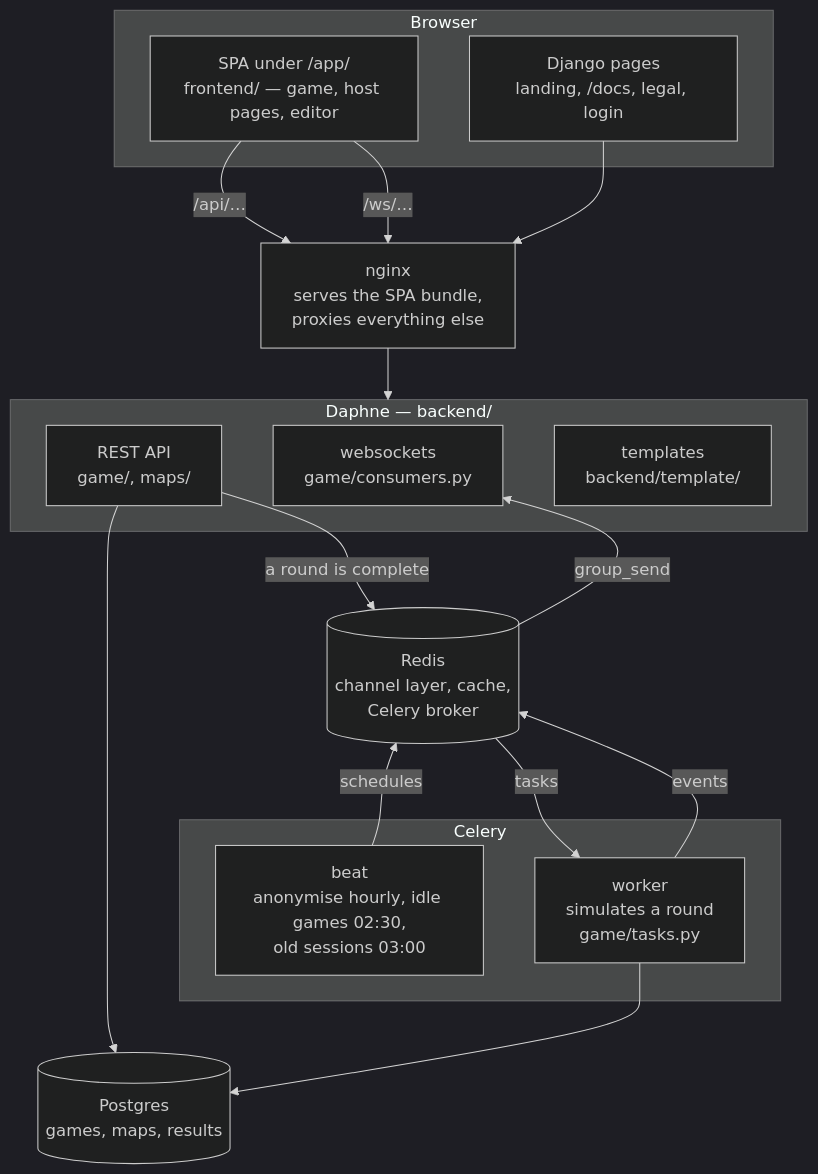
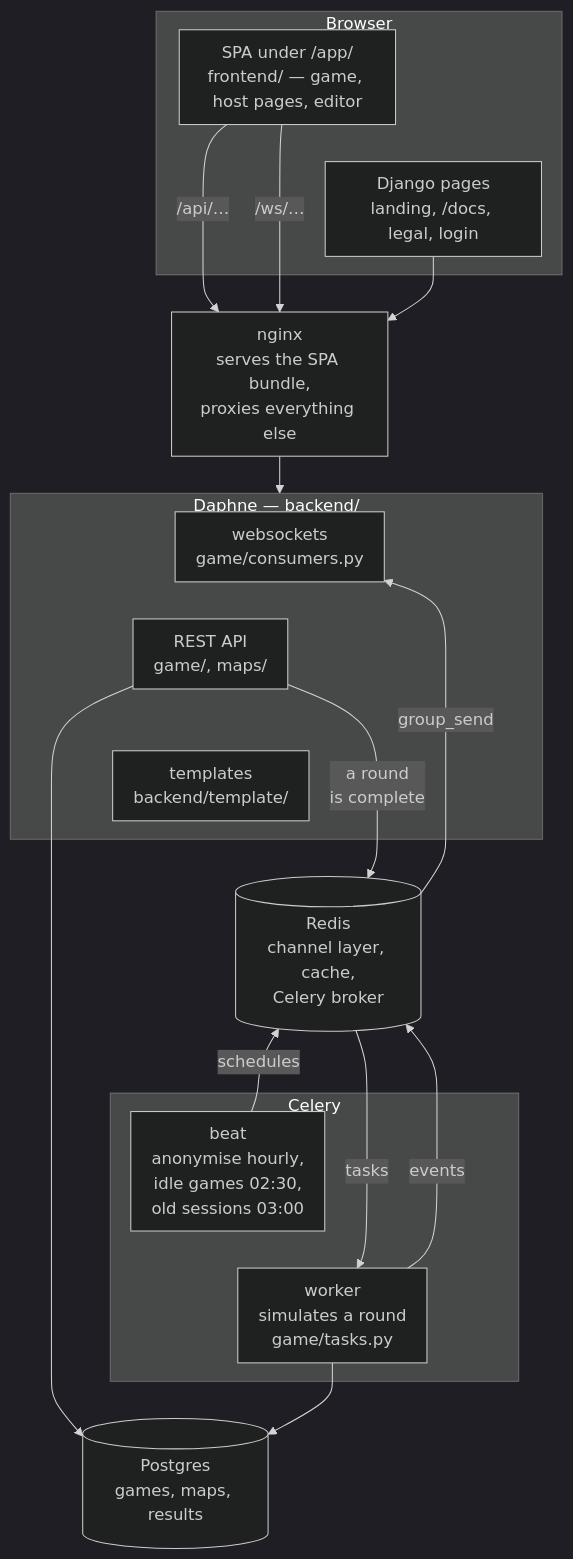
Before and after one commit to luke-hirsch/co2mmute: the first of 12 diagrams in docs/en-flowcharts.md, drawn with Mermaid (dark theme). The commit also changed other lines of this file and 6 other files, not shown here.

Commit message:
ablaufdiagramme: 1, 4, 6, 8 und 10 schmaler gezeichnet (umbruchbreite, eine spalte, kürzere kantentexte), de und en gleich

````diff
--- a/docs/en-flowcharts.md
+++ b/docs/en-flowcharts.md
@@ -26,35 +26,40 @@
 ```mermaid
+%%{init: {"flowchart": {"wrappingWidth": 170, "nodeSpacing": 20, "rankSpacing": 36, "padding": 10}}}%%
 flowchart TB
     subgraph browser["Browser"]
         spa["SPA under /app/<br>frontend/ — game, host pages, editor"]
         pages["Django pages<br>landing, /docs, legal, login"]
     end
     nginx["nginx<br>serves the SPA bundle,<br>proxies everything else"]
     subgraph daphne["Daphne — backend/"]
         ws["websockets<br>game/consumers.py"]
         rest["REST API<br>game/, maps/"]
         tpl["templates<br>backend/template/"]
     end
     redis[("Redis<br>channel layer, cache,<br>Celery broker")]
     subgraph celery["Celery"]
-        beat["beat<br>anonymise hourly, idle games 02:30,<br>old sessions 03:00"]
+        beat["beat<br>anonymise hourly,<br>idle games 02:30,<br>old sessions 03:00"]
         worker["worker<br>simulates a round<br>game/tasks.py"]
     end
     pg[("Postgres<br>games, maps, results")]
 
     spa -->|"/api/…"| nginx
     spa -->|"/ws/…"| nginx
     pages --> nginx
     nginx --> daphne
-    %% ~~~ is invisible: it keeps the websockets above Redis and beat below it,
-    %% so the chart stays upright and fits beside the list of stops
-    ws ~~~ redis
-    rest -->|"a round is complete"| redis
+    spa ~~~ pages
+    %% ~~~ is invisible: it stacks everything in one column: websockets, REST and templates above Redis,
+    %% Redis above beat and worker, so the chart stays upright and narrow
+    ws ~~~ rest
+    rest ~~~ tpl
+    tpl ~~~ redis
+    rest -->|"a round<br>is complete"| redis
     redis ~~~ beat
+    beat ~~~ worker
     redis -->|"tasks"| worker
     worker -->|"events"| redis
     beat -->|"schedules"| redis
     redis -->|"group_send"| ws
     rest --> pg
     worker --> pg
 ```
````
